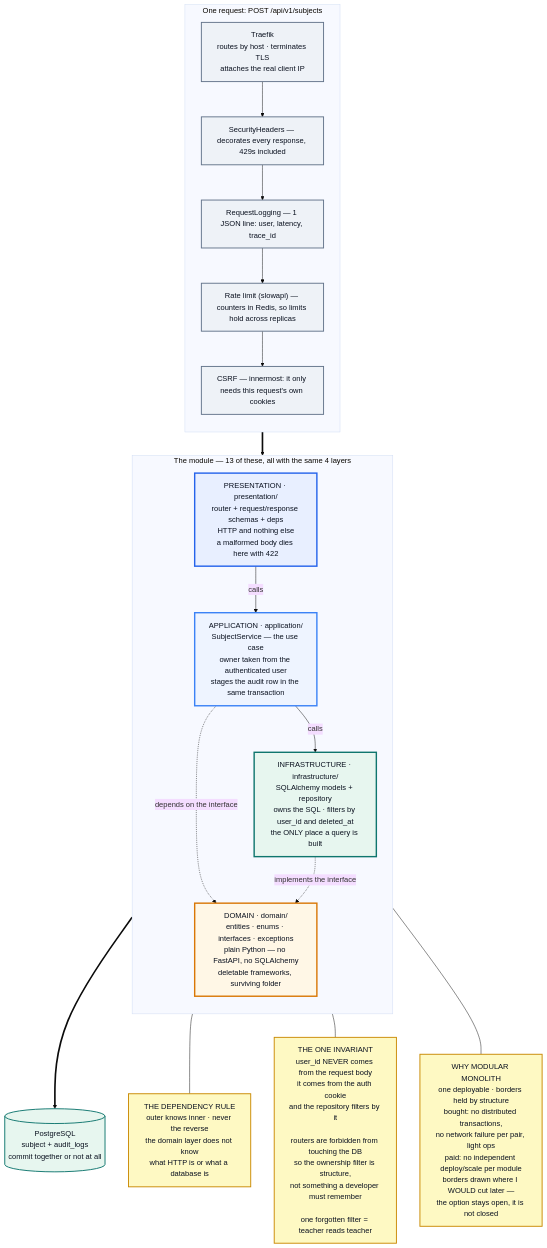
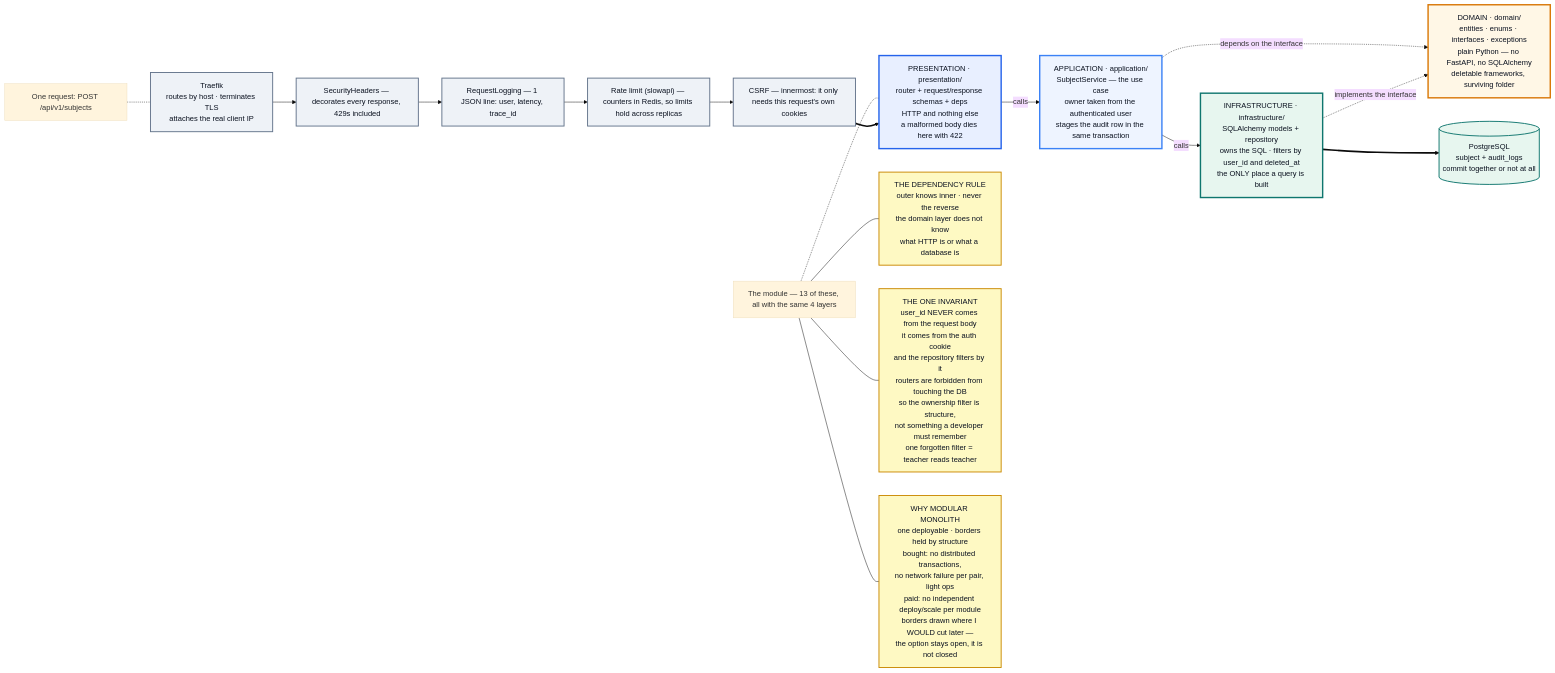
The diagram in docs/architecture/presentation/D2-clean-architecture.mmd (cspatric/Python-ProfPlan), drawn with Mermaid (base theme) before and after one commit. The commit also changed 37 other files, not shown here.

First line of the commit message:
docs/split-the-architecture-map-into-diagrams-that-stay-readable

```diff
--- a/docs/architecture/presentation/D2-clean-architecture.mmd
+++ b/docs/architecture/presentation/D2-clean-architecture.mmd
@@ -1,60 +1,88 @@
-%% D2 — Clean architecture: the four layers, the dependency rule,
-%% and one request travelling through them.
-%% Show this while narrating "the shape of the code" and "one request end to end".
+flowchart LR
 
-flowchart TB
+REQ["`One request: POST /api/v1/subjects`"]
+  R0["`Traefik
+routes by host · terminates TLS
+attaches the real client IP`"]
+REQ -.- R0
+  R1["`SecurityHeaders — decorates every response, 429s included`"]
+  R2["`RequestLogging — 1 JSON line: user, latency, trace_id`"]
+  R3["`Rate limit (slowapi) — counters in Redis, so limits hold across replicas`"]
+  R4["`CSRF — innermost: it only needs this request's own cookies`"]
+  R0 --> R1 --> R2 --> R3 --> R4
 
-subgraph REQ["One request: POST /api/v1/subjects"]
-  direction TB
-  R0["Traefik<br/>routes by host · terminates TLS<br/>attaches the real client IP"]
-  R1["SecurityHeaders — decorates every response, 429s included"]
-  R2["RequestLogging — 1 JSON line: user, latency, trace_id"]
-  R3["Rate limit (slowapi) — counters in Redis, so limits hold across replicas"]
-  R4["CSRF — innermost: it only needs this request's own cookies"]
-  R0 --> R1 --> R2 --> R3 --> R4
-end
+LAY["`The module — 13 of these, all with the same 4 layers`"]
 
-subgraph LAY["The module — 13 of these, all with the same 4 layers"]
-  direction TB
-
-  L1["PRESENTATION · presentation/<br/>router + request/response schemas + deps<br/>HTTP and nothing else<br/>a malformed body dies here with 422"]
-  L2["APPLICATION · application/<br/>SubjectService — the use case<br/>owner taken from the authenticated user<br/>stages the audit row in the same transaction"]
-  L3["DOMAIN · domain/<br/>entities · enums · interfaces · exceptions<br/>plain Python — no FastAPI, no SQLAlchemy<br/>deletable frameworks, surviving folder"]
-  L4["INFRASTRUCTURE · infrastructure/<br/>SQLAlchemy models + repository<br/>owns the SQL · filters by user_id and deleted_at<br/>the ONLY place a query is built"]
+  L1["`PRESENTATION · presentation/
+router + request/response schemas + deps
+HTTP and nothing else
+a malformed body dies here with 422`"]
+LAY -.- L1
+  L2["`APPLICATION · application/
+SubjectService — the use case
+owner taken from the authenticated user
+stages the audit row in the same transaction`"]
+  L3["`DOMAIN · domain/
+entities · enums · interfaces · exceptions
+plain Python — no FastAPI, no SQLAlchemy
+deletable frameworks, surviving folder`"]
+  L4["`INFRASTRUCTURE · infrastructure/
+SQLAlchemy models + repository
+owns the SQL · filters by user_id and deleted_at
+the ONLY place a query is built`"]
 
   L1 -->|"calls"| L2
   L2 -->|"calls"| L4
   L2 -.->|"depends on the interface"| L3
   L4 -.->|"implements the interface"| L3
-end
 
-DB[("PostgreSQL<br/>subject + audit_logs<br/>commit together or not at all")]
+DB[("`PostgreSQL
+subject + audit_logs
+commit together or not at all`")]
 
 R4 ==> L1
 L4 ==> DB
 
-RULE["THE DEPENDENCY RULE<br/>outer knows inner · never the reverse<br/>the domain layer does not know<br/>what HTTP is or what a database is"]
+RULE["`THE DEPENDENCY RULE
+outer knows inner · never the reverse
+the domain layer does not know
+what HTTP is or what a database is`"]
 
-INV["THE ONE INVARIANT<br/>user_id NEVER comes from the request body<br/>it comes from the auth cookie<br/>and the repository filters by it<br/><br/>routers are forbidden from touching the DB<br/>so the ownership filter is structure,<br/>not something a developer must remember<br/><br/>one forgotten filter = teacher reads teacher"]
+INV["`THE ONE INVARIANT
+user_id NEVER comes from the request body
+it comes from the auth cookie
+and the repository filters by it
 
-TRADE["WHY MODULAR MONOLITH<br/>one deployable · borders held by structure<br/>bought: no distributed transactions,<br/>no network failure per pair, light ops<br/>paid: no independent deploy/scale per module<br/>borders drawn where I WOULD cut later —<br/>the option stays open, it is not closed"]
+routers are forbidden from touching the DB
+so the ownership filter is structure,
+not something a developer must remember
+
+one forgotten filter = teacher reads teacher`"]
+
+TRADE["`WHY MODULAR MONOLITH
+one deployable · borders held by structure
+bought: no distributed transactions,
+no network failure per pair, light ops
+paid: no independent deploy/scale per module
+borders drawn where I WOULD cut later —
+the option stays open, it is not closed`"]
 
 LAY --- RULE
 LAY --- INV
 LAY --- TRADE
 
 classDef edge fill:#eef2f7,stroke:#64748b,stroke-width:2px,color:#0b1220
 classDef pres fill:#e8efff,stroke:#2563eb,stroke-width:3px,color:#0b1220
 classDef app  fill:#eef4ff,stroke:#3b82f6,stroke-width:3px,color:#0b1220
 classDef dom  fill:#fff7e6,stroke:#d97706,stroke-width:3px,color:#0b1220
 classDef inf  fill:#e7f6ef,stroke:#0f766e,stroke-width:3px,color:#0b1220
 classDef note fill:#fef9c3,stroke:#ca8a04,stroke-width:2px,color:#0b1220
 classDef db   fill:#e7f6ef,stroke:#0f766e,stroke-width:2px,color:#0b1220
 
 class R0,R1,R2,R3,R4 edge
 class L1 pres
 class L2 app
 class L3 dom
 class L4 inf
 class DB db
 class RULE,INV,TRADE note
```
